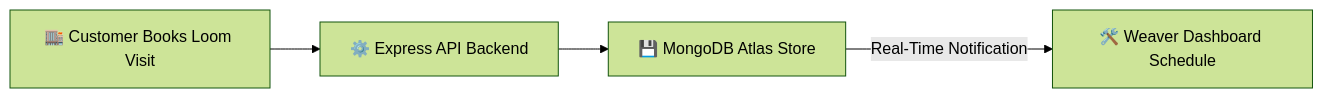
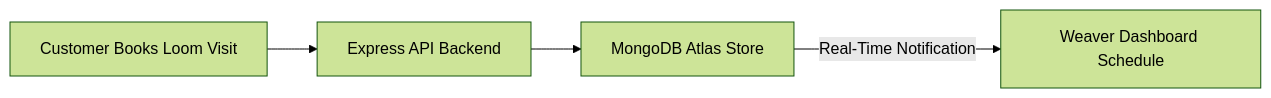
Before and after one commit to HardikMathur11/Adraya: the fourth of 4 diagrams in README.md, drawn with Mermaid (forest theme). The commit also changed other lines of this file, not shown here.

````diff
--- a/README.md
+++ b/README.md
@@ -179,6 +179,6 @@
 ```mermaid
 flowchart LR
-    A["🏬 Customer Books Loom Visit"] --> B["⚙️ Express API Backend"]
-    B --> C["💾 MongoDB Atlas Store"]
-    C -->|Real-Time Notification| D["🛠️ Weaver Dashboard Schedule"]
+    A["Customer Books Loom Visit"] --> B["Express API Backend"]
+    B --> C["MongoDB Atlas Store"]
+    C -->|Real-Time Notification| D["Weaver Dashboard Schedule"]
 ```
````
